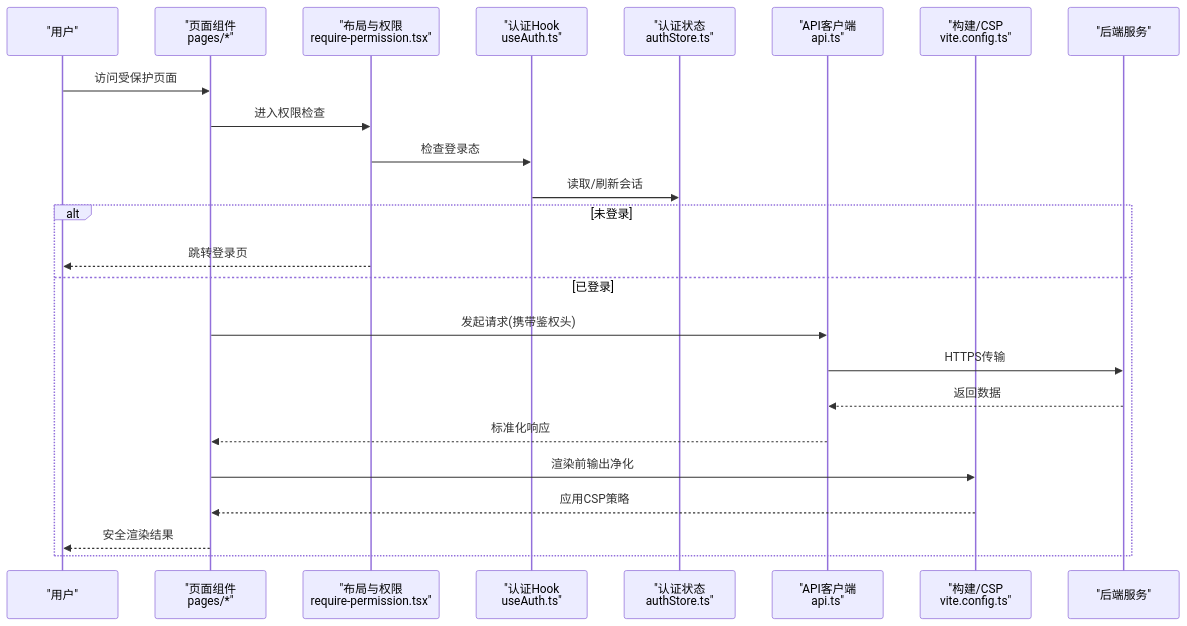
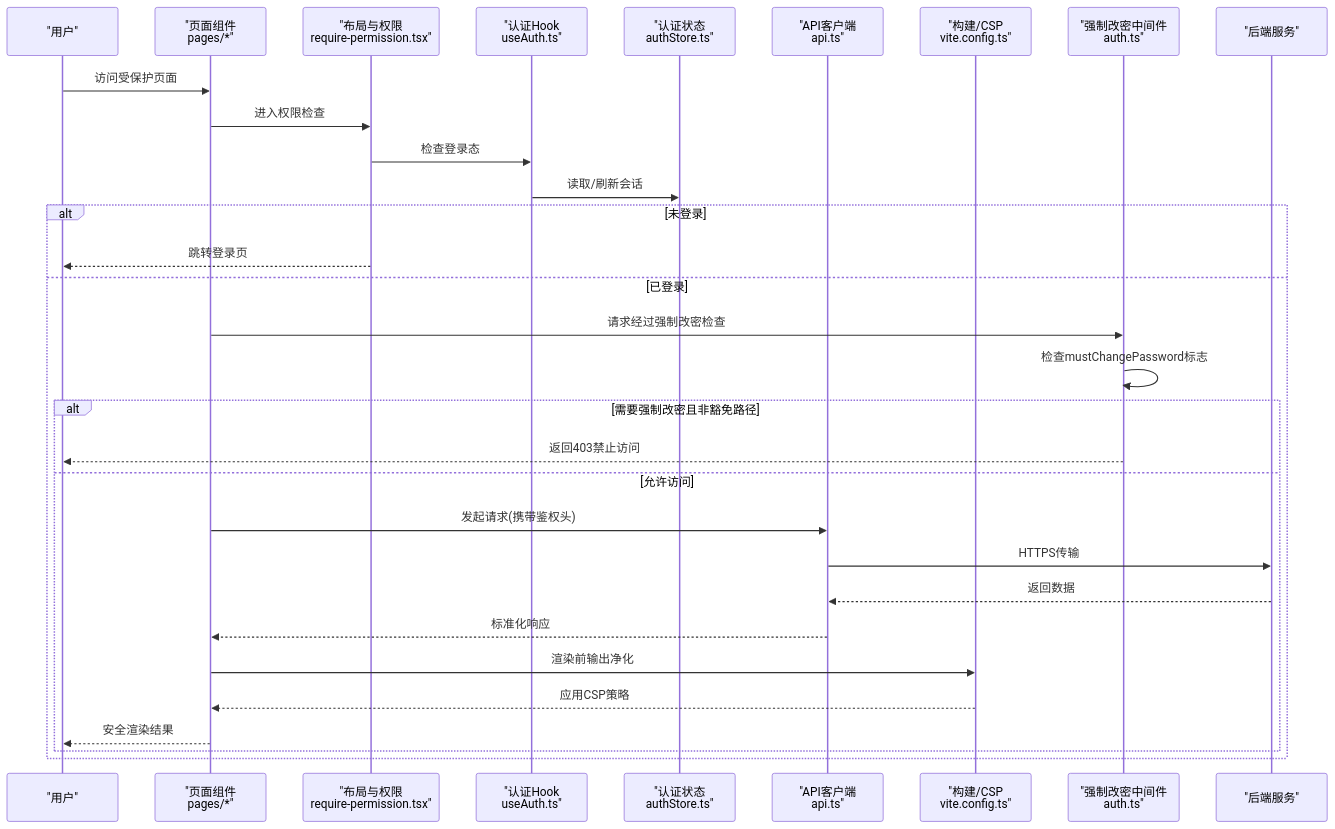
The second of 9 diagrams in .qoder/repowiki/zh/content/安全指南/安全指南.md (Damao997/newproject), drawn with Mermaid before and after one commit. The commit also changed other lines of this file and 24 other files, not shown here.

````diff
--- a/.qoder/repowiki/zh/content/安全指南/安全指南.md
+++ b/.qoder/repowiki/zh/content/安全指南/安全指南.md
@@ -104,26 +102,33 @@
 ```mermaid
 sequenceDiagram
 participant U as "用户"
 participant P as "页面组件<br/>pages/*"
 participant L as "布局与权限<br/>require-permission.tsx"
 participant H as "认证Hook<br/>useAuth.ts"
 participant S as "认证状态<br/>authStore.ts"
 participant A as "API客户端<br/>api.ts"
 participant V as "构建/CSP<br/>vite.config.ts"
+participant M as "强制改密中间件<br/>auth.ts"
 participant B as "后端服务"
 U->>P : 访问受保护页面
 P->>L : 进入权限检查
 L->>H : 检查登录态
 H->>S : 读取/刷新会话
 alt 未登录
 L-->>U : 跳转登录页
 else 已登录
+P->>M : 请求经过强制改密检查
+M->>M : 检查mustChangePassword标志
+alt 需要强制改密且非豁免路径
+M-->>U : 返回403禁止访问
+else 允许访问
 P->>A : 发起请求(携带鉴权头)
 A->>B : HTTPS传输
 B-->>A : 返回数据
 A-->>P : 标准化响应
 P->>V : 渲染前输出净化
 V-->>P : 应用CSP策略
 P-->>U : 安全渲染结果
 end
+end
 ```
````
